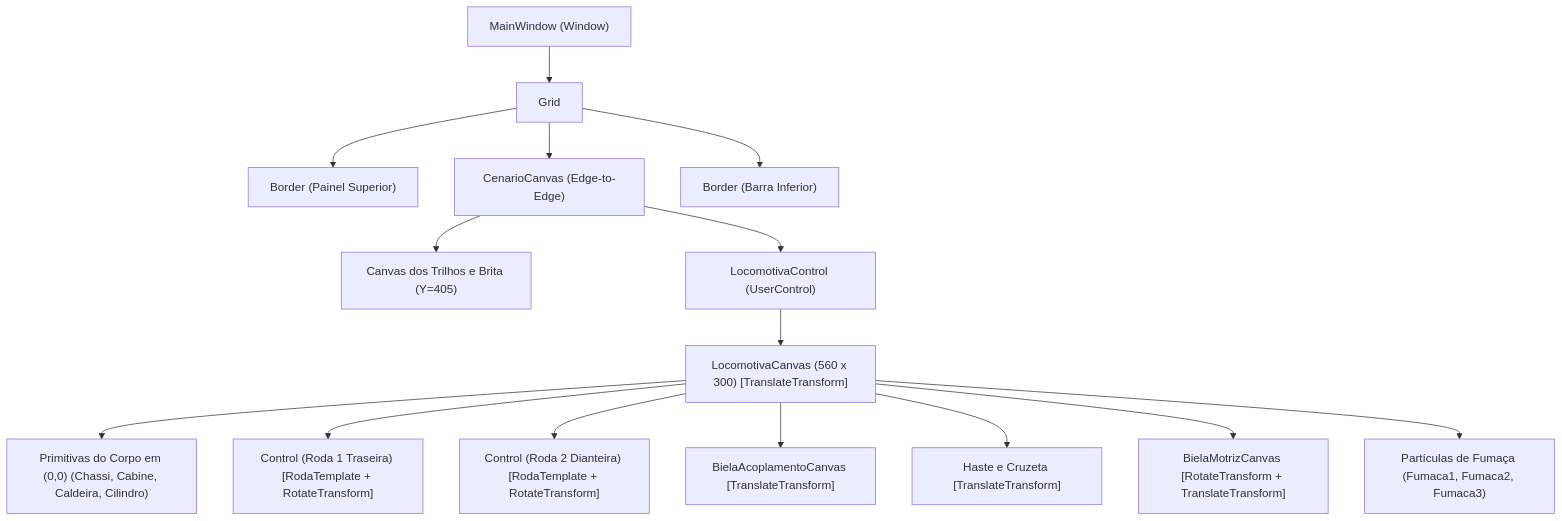
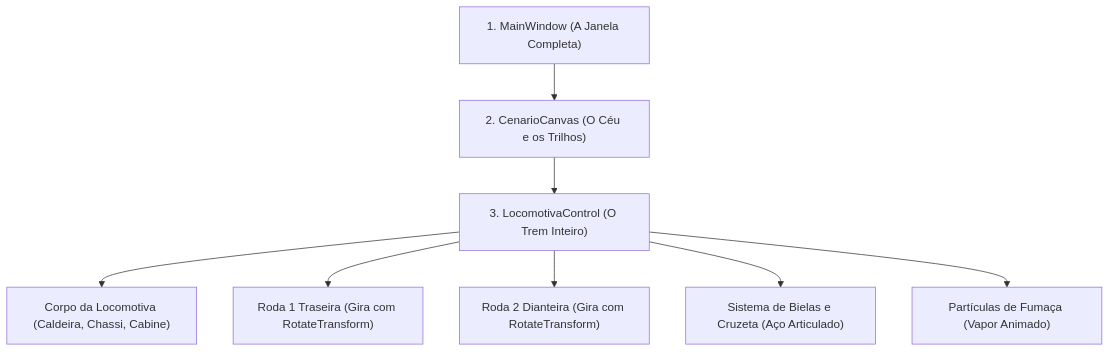
Before and after one commit to Gabriel-Freitas-S/PI_T1: the diagram in wiki/Arquitetura-e-Visao-Geral.md, drawn with Mermaid. The commit also changed other lines of this file and 5 other files, not shown here.

````diff
--- a/wiki/Arquitetura-e-Visao-Geral.md
+++ b/wiki/Arquitetura-e-Visao-Geral.md
@@ -90,19 +63,11 @@
 ```mermaid
 graph TD
-    Window["MainWindow (Window)"] --> GridRoot["Grid"]
-    GridRoot --> Header["Border (Painel Superior)"]
-    GridRoot --> CenarioCanvas["CenarioCanvas (Edge-to-Edge)"]
-    GridRoot --> Footer["Border (Barra Inferior)"]
+    Window["1. MainWindow (A Janela Completa)"] --> Cenario["2. CenarioCanvas (O Céu e os Trilhos)"]
+    Cenario --> LocomotivaControl["3. LocomotivaControl (O Trem Inteiro)"]
     
-    CenarioCanvas --> Rails["Canvas dos Trilhos e Brita (Y=405)"]
-    CenarioCanvas --> LocomotivaControl["LocomotivaControl (UserControl)"]
-    
-    LocomotivaControl --> LocomotivaCanvas["LocomotivaCanvas (560 x 300) [TranslateTransform]"]
-    LocomotivaCanvas --> Shapes["Primitivas do Corpo em (0,0) (Chassi, Cabine, Caldeira, Cilindro)"]
-    LocomotivaCanvas --> Wheel1["Control (Roda 1 Traseira) [RodaTemplate + RotateTransform]"]
-    LocomotivaCanvas --> Wheel2["Control (Roda 2 Dianteira) [RodaTemplate + RotateTransform]"]
-    LocomotivaCanvas --> BielaA["BielaAcoplamentoCanvas [TranslateTransform]"]
-    LocomotivaCanvas --> CruzetaGroup["Haste e Cruzeta [TranslateTransform]"]
-    LocomotivaCanvas --> BielaM["BielaMotrizCanvas [RotateTransform + TranslateTransform]"]
-    LocomotivaCanvas --> SmokeGroup["Partículas de Fumaça (Fumaca1, Fumaca2, Fumaca3)"]
+    LocomotivaControl --> Corpo["Corpo da Locomotiva (Caldeira, Chassi, Cabine)"]
+    LocomotivaControl --> Roda1["Roda 1 Traseira (Gira com RotateTransform)"]
+    LocomotivaControl --> Roda2["Roda 2 Dianteira (Gira com RotateTransform)"]
+    LocomotivaControl --> Bielas["Sistema de Bielas e Cruzeta (Aço Articulado)"]
+    LocomotivaControl --> Fumaca["Partículas de Fumaça (Vapor Animado)"]
 ```
````
